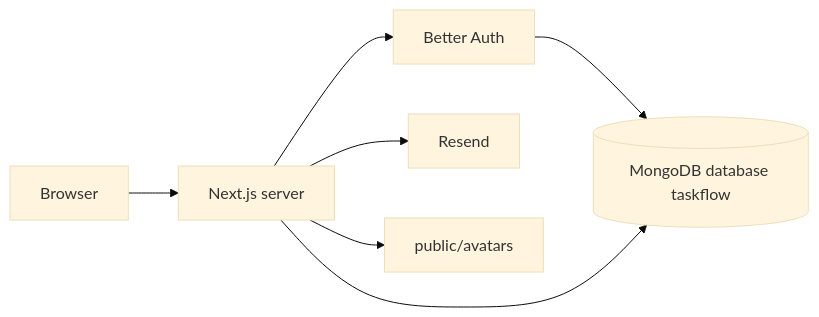
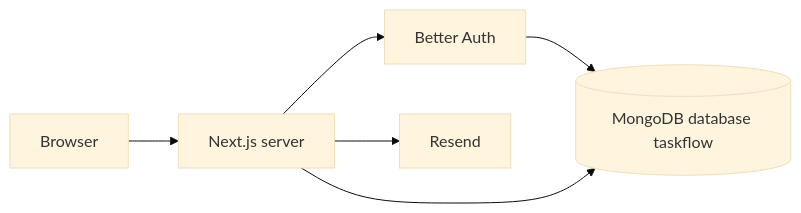
Before and after one commit to Mohan-77/taskflow: the diagram in docs/TECHNICAL_DOCUMENTATION.md, drawn with Mermaid (base theme). The commit also changed other lines of this file and 8 other files, not shown here.

````diff
--- a/docs/TECHNICAL_DOCUMENTATION.md
+++ b/docs/TECHNICAL_DOCUMENTATION.md
@@ -7,16 +7,14 @@
 ```mermaid
 flowchart LR
   Browser[Browser]
   Next[Next.js server]
   Auth[Better Auth]
   Mongo[(MongoDB database taskflow)]
   Resend[Resend]
-  Disk[public/avatars]
 
   Browser --> Next
   Next --> Auth
   Auth --> Mongo
   Next --> Mongo
   Next --> Resend
-  Next --> Disk
 ```
````
